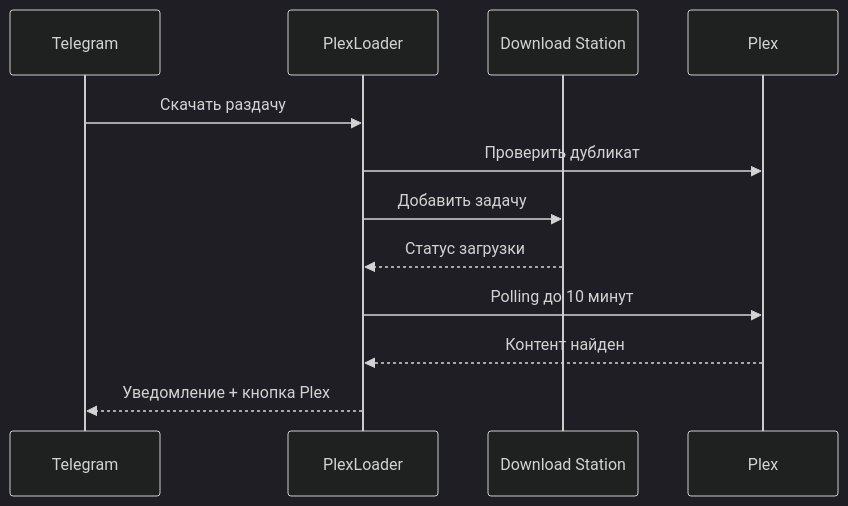
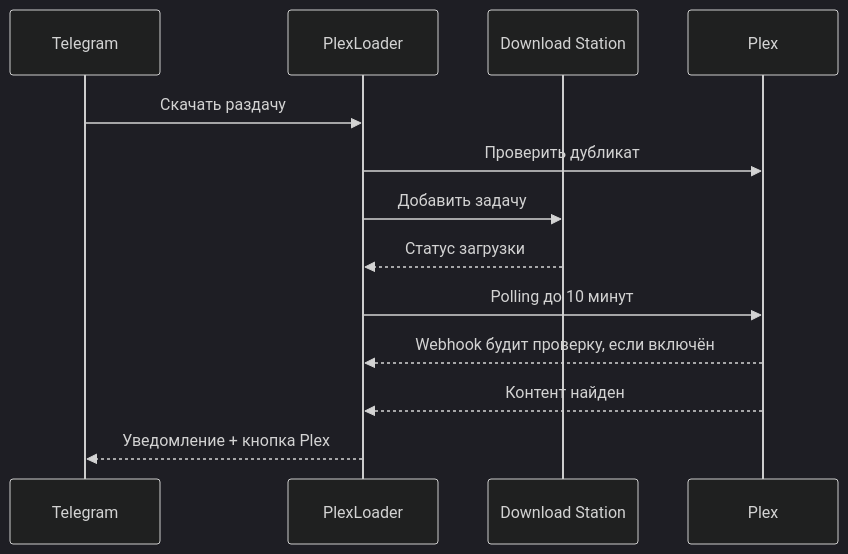
One commit to KiMorev/tg-torrent-bot changed the third of 3 diagrams in README.md. Above: the diagram before and after it, drawn with Mermaid (dark theme). The commit also changed other lines of this file and 13 other files, not shown here.

````diff
--- a/README.md
+++ b/README.md
@@ -179,15 +180,16 @@
 ```mermaid
 sequenceDiagram
     participant T as Telegram
     participant B as PlexLoader
     participant D as Download Station
     participant P as Plex
 
     T->>B: Скачать раздачу
     B->>P: Проверить дубликат
     B->>D: Добавить задачу
     D-->>B: Статус загрузки
     B->>P: Polling до 10 минут
+    P-->>B: Webhook будит проверку, если включён
     P-->>B: Контент найден
     B-->>T: Уведомление + кнопка Plex
 ```
````
